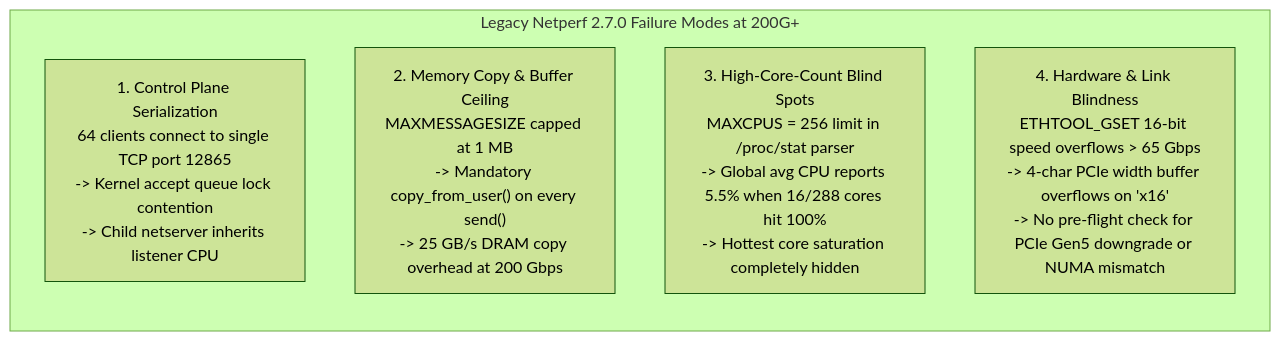
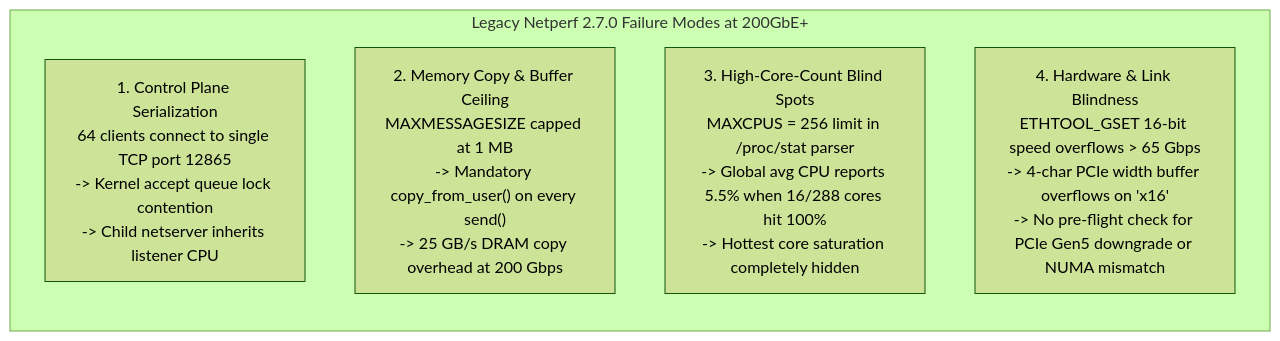
Before and after one commit to thehevy/netperf_copilot: the first of 5 diagrams in dev/docs/TECHNICAL_WHITE_PAPER.md, drawn with Mermaid (forest theme). The commit also changed other lines of this file and 24 other files, not shown here.

````diff
--- a/dev/docs/TECHNICAL_WHITE_PAPER.md
+++ b/dev/docs/TECHNICAL_WHITE_PAPER.md
@@ -100,10 +100,10 @@
 ```mermaid
 flowchart TD
-    subgraph LegacyPath["Legacy Netperf 2.7.0 Failure Modes at 200G+"]
+    subgraph LegacyPath["Legacy Netperf 2.7.0 Failure Modes at 200GbE+"]
         direction TB
         B1["1. Control Plane Serialization\n64 clients connect to single TCP port 12865\n-> Kernel accept queue lock contention\n-> Child netserver inherits listener CPU"]
         B2["2. Memory Copy & Buffer Ceiling\nMAXMESSAGESIZE capped at 1 MB\n-> Mandatory copy_from_user() on every send()\n-> 25 GB/s DRAM copy overhead at 200 Gbps"]
         B3["3. High-Core-Count Blind Spots\nMAXCPUS = 256 limit in /proc/stat parser\n-> Global avg CPU reports 5.5% when 16/288 cores hit 100%\n-> Hottest core saturation completely hidden"]
         B4["4. Hardware & Link Blindness\nETHTOOL_GSET 16-bit speed overflows > 65 Gbps\n-> 4-char PCIe width buffer overflows on 'x16'\n-> No pre-flight check for PCIe Gen5 downgrade or NUMA mismatch"]
     end
 ```
````
